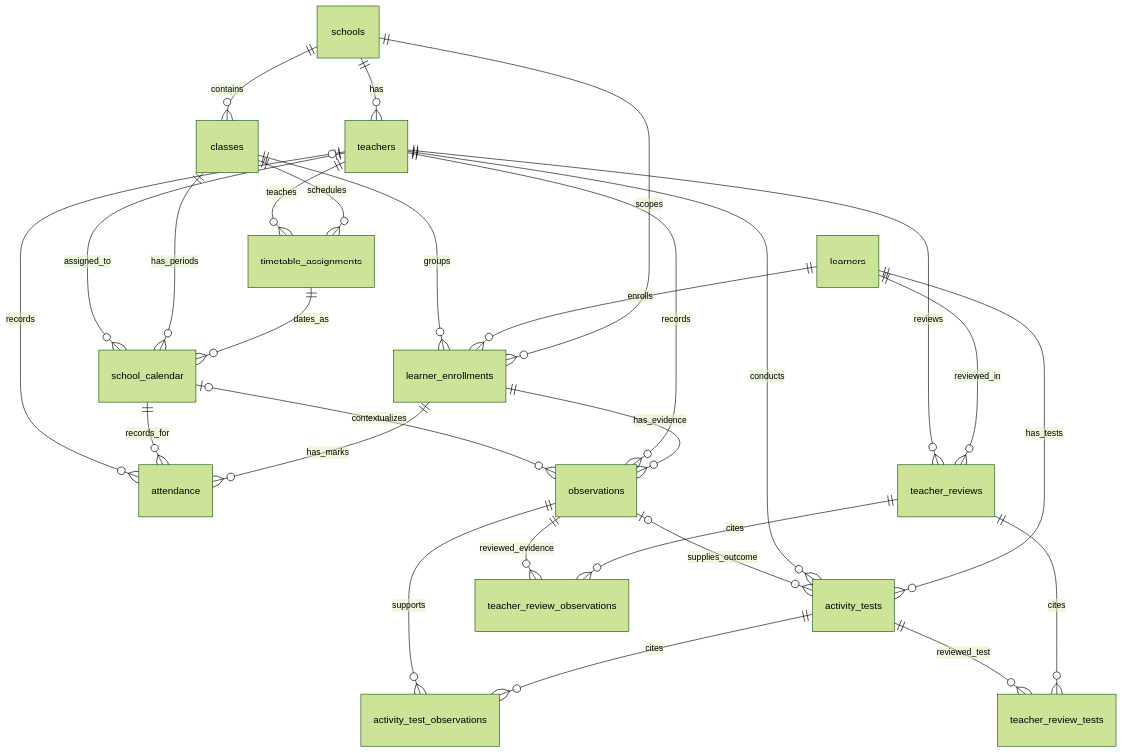
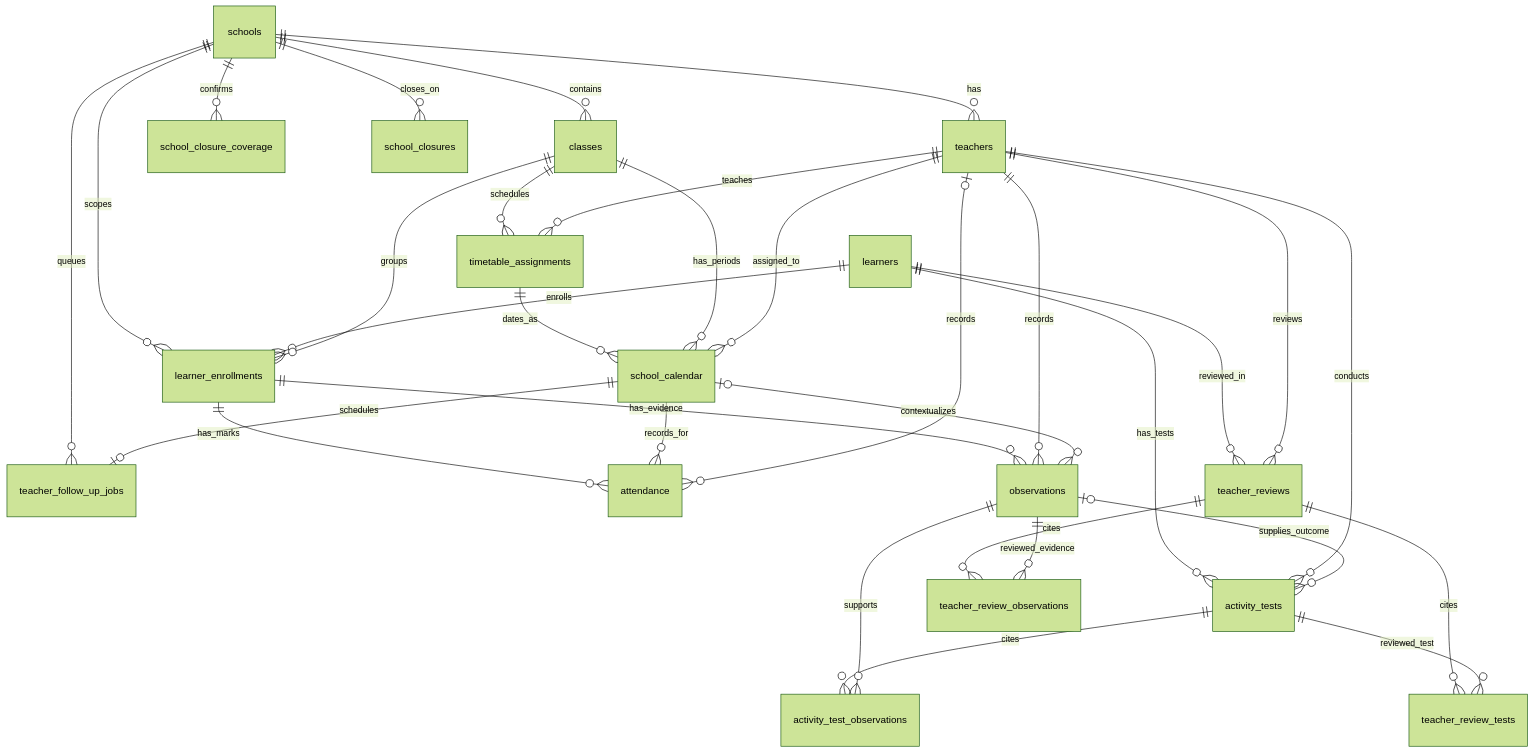
Before and after one commit to Irene-Mukii/DIRA: the third of 3 diagrams in ARCHITECTURE.md, drawn with Mermaid (forest theme). The commit also changed other lines of this file and 7 other files, not shown here.

Commit message:
feat: queue teacher follow-ups from class schedule

````diff
--- a/ARCHITECTURE.md
+++ b/ARCHITECTURE.md
@@ -235,34 +242,38 @@
 ```mermaid
 erDiagram
     schools ||--o{ teachers : has
     schools ||--o{ classes : contains
     schools ||--o{ learner_enrollments : scopes
+    schools ||--o{ school_closure_coverage : confirms
+    schools ||--o{ school_closures : closes_on
+    schools ||--o{ teacher_follow_up_jobs : queues
     learners ||--o{ learner_enrollments : enrolls
     classes ||--o{ learner_enrollments : groups
 
     classes ||--o{ timetable_assignments : schedules
     teachers ||--o{ timetable_assignments : teaches
     timetable_assignments ||--o{ school_calendar : dates_as
     classes ||--o{ school_calendar : has_periods
     teachers ||--o{ school_calendar : assigned_to
+    school_calendar ||--o| teacher_follow_up_jobs : schedules
 
     learner_enrollments ||--o{ attendance : has_marks
     school_calendar ||--o{ attendance : records_for
     teachers o|--o{ attendance : records
 
     learner_enrollments ||--o{ observations : has_evidence
     teachers ||--o{ observations : records
     school_calendar o|--o{ observations : contextualizes
     learners ||--o{ activity_tests : has_tests
     teachers ||--o{ activity_tests : conducts
     observations o|--o{ activity_tests : supplies_outcome
     activity_tests ||--o{ activity_test_observations : cites
     observations ||--o{ activity_test_observations : supports
 
     learners ||--o{ teacher_reviews : reviewed_in
     teachers ||--o{ teacher_reviews : reviews
     teacher_reviews ||--o{ teacher_review_observations : cites
     observations ||--o{ teacher_review_observations : reviewed_evidence
     teacher_reviews ||--o{ teacher_review_tests : cites
     activity_tests ||--o{ teacher_review_tests : reviewed_test
 ```
````
